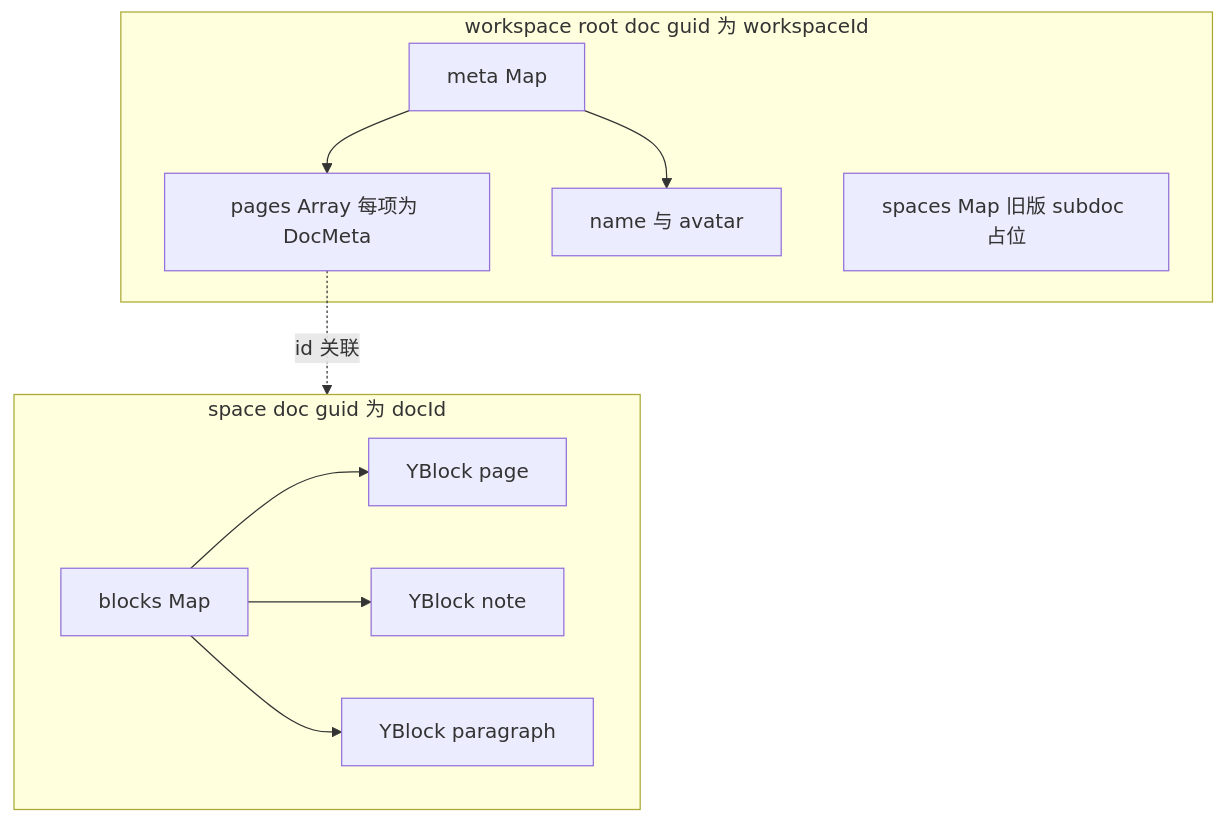
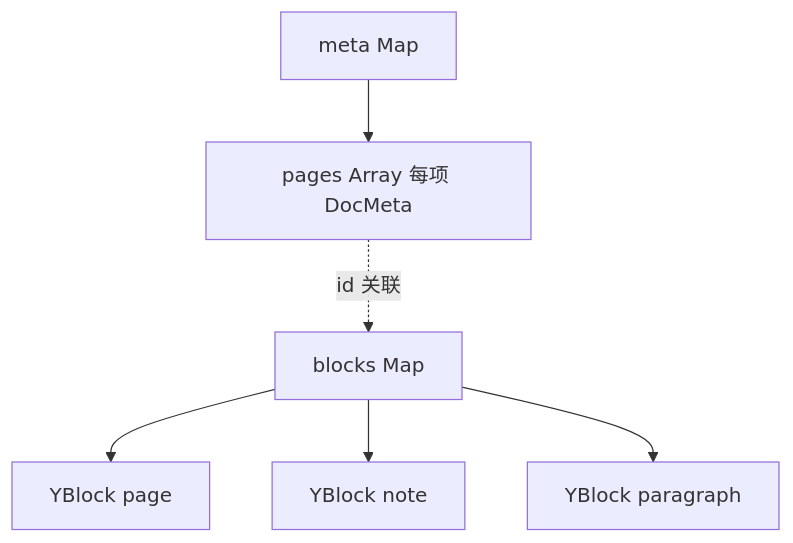
The fourth of 6 diagrams in learning-guide/slides/decks/08.md (lfire/AFFiNE), drawn with Mermaid before and after one commit. The commit also changed other lines of this file and 46 other files, not shown here.

````diff
--- a/learning-guide/slides/decks/08.md
+++ b/learning-guide/slides/decks/08.md
@@ -309,21 +326,8 @@
 ```mermaid
 flowchart TB
-  subgraph RootDoc[workspace root doc guid 为 workspaceId]
-    Meta[meta Map]
-    Pages[pages Array 每项为 DocMeta]
-    Name[name 与 avatar]
-    Spaces[spaces Map 旧版 subdoc 占位]
-    Meta --> Pages
-    Meta --> Name
-  end
-  subgraph SpaceDoc[space doc guid 为 docId]
-    Blocks[blocks Map]
-    B1[YBlock page]
-    B2[YBlock note]
-    B3[YBlock paragraph]
-    Blocks --> B1
-    Blocks --> B2
-    Blocks --> B3
-  end
-  Pages -.id 关联.-> SpaceDoc
+  Meta["meta Map"] --> Pages["pages Array 每项 DocMeta"]
+  Blocks["blocks Map"] --> B1["YBlock page"]
+  Blocks --> B2["YBlock note"]
+  Blocks --> B3["YBlock paragraph"]
+  Pages -.id 关联.-> Blocks
 ```
````
